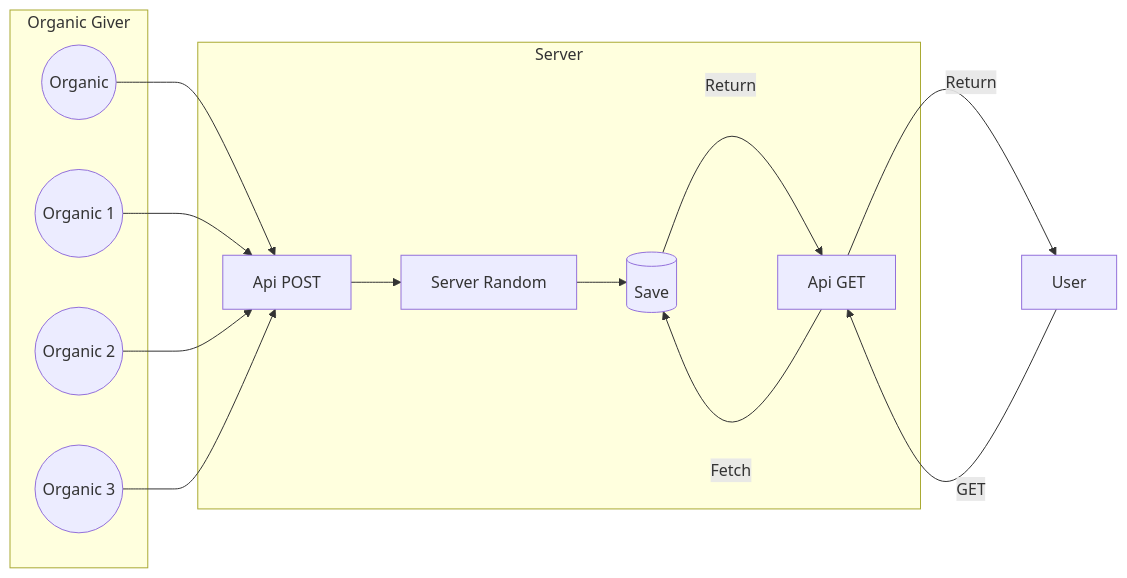
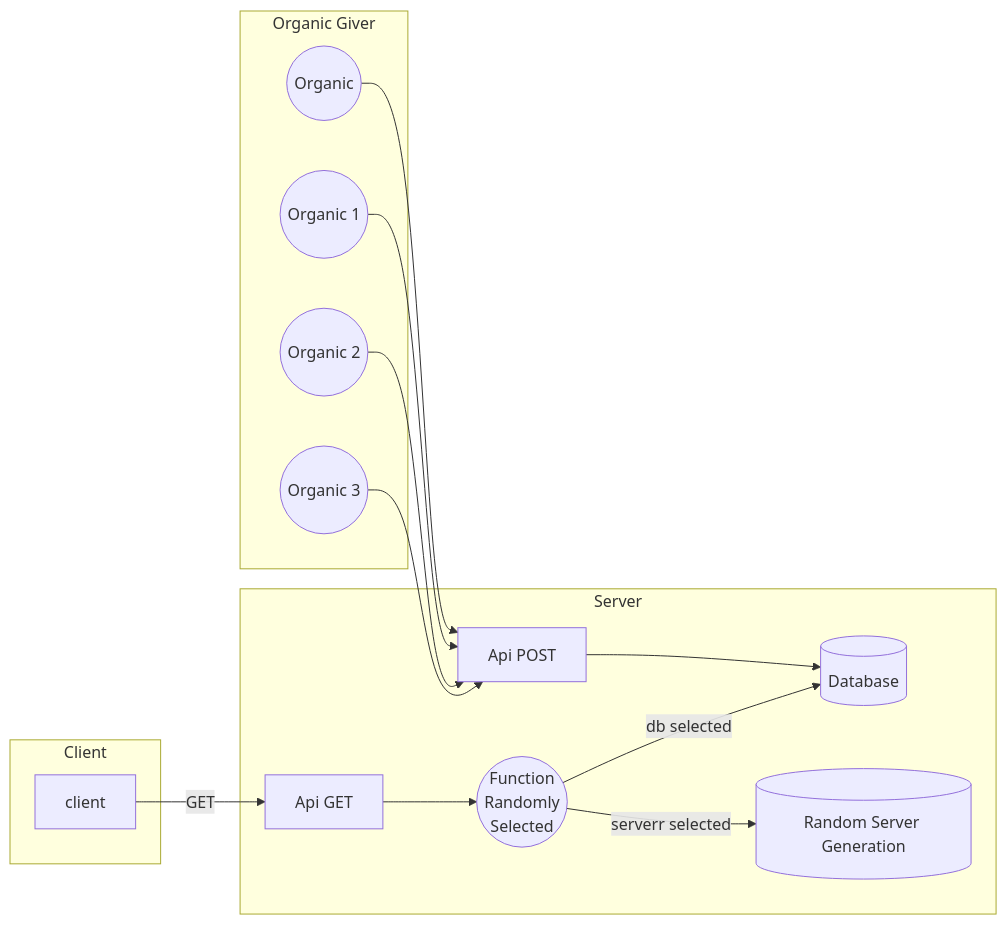
Before and after one commit to YR72dpi/lunaticProject: the diagram in README.md, drawn with Mermaid.

Commit message:
doc: maj mermaid

````diff
--- a/README.md
+++ b/README.md
@@ -18,27 +18,37 @@
 ```mermaid
 graph LR
-Organic((Organic))
-Organic1((Organic 1))
-Organic2((Organic 2))
-Organic3((Organic 3))
+
+    Organic((Organic))
+    Organic1((Organic 1))
+    Organic2((Organic 2))
+    Organic3((Organic 3))
+    API[Api POST]
+    db[(Database)]
+    ApiGet[Api GET]
+    serverRandom[(Random Server Generation)]
+    randomChoice((Function 
+        Randomly 
+        Selected)) 
+
+    subgraph Server
+        API[Api POST] --> db[(Database)] 
+        randomChoice -- db selected --> db
+        randomChoice -- serverr selected --> serverRandom
+        ApiGet --> randomChoice
+    end
+
+    subgraph Organic Giver
+        Organic --> API
+        Organic1 --> API
+        Organic2 --> API
+        Organic3 --> API
+    end
+
+    subgraph Client
+        client[client] -- GET -->ApiGet
+    end
 
 
-subgraph Server
-    API[Api POST] --> ServerRandom[Server Random] --> Save[(Save)] 
-    ApiGet[Api GET]
-
-    ApiGet -- Fetch --> Save -- Return --> ApiGet
-end
-
-subgraph Organic Giver
-    Organic --> API
-    Organic1 --> API
-    Organic2 --> API
-    Organic3 --> API
-end
-
-User -- GET --> ApiGet 
-ApiGet -- Return --> User
 
 
 ```
````
